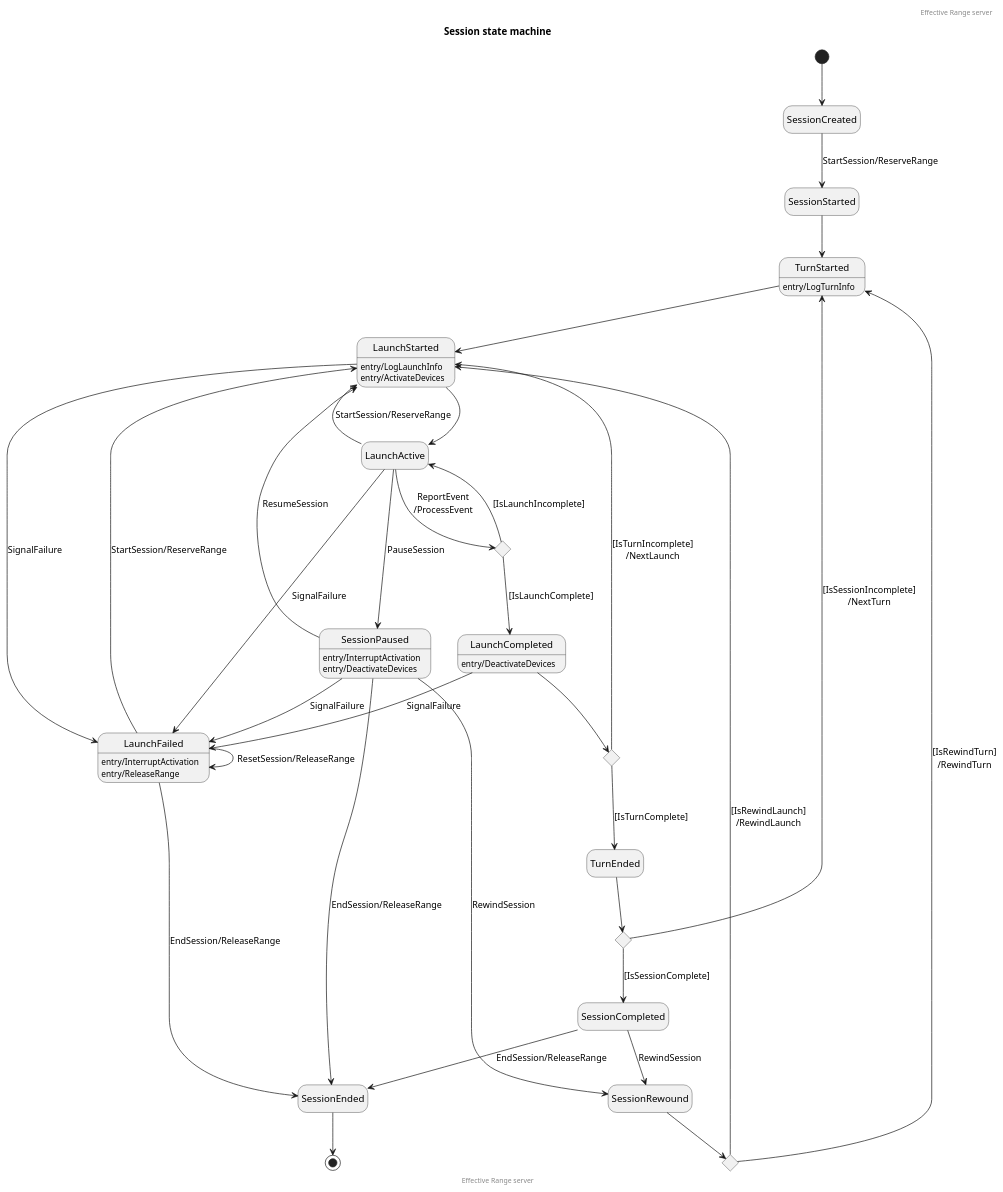
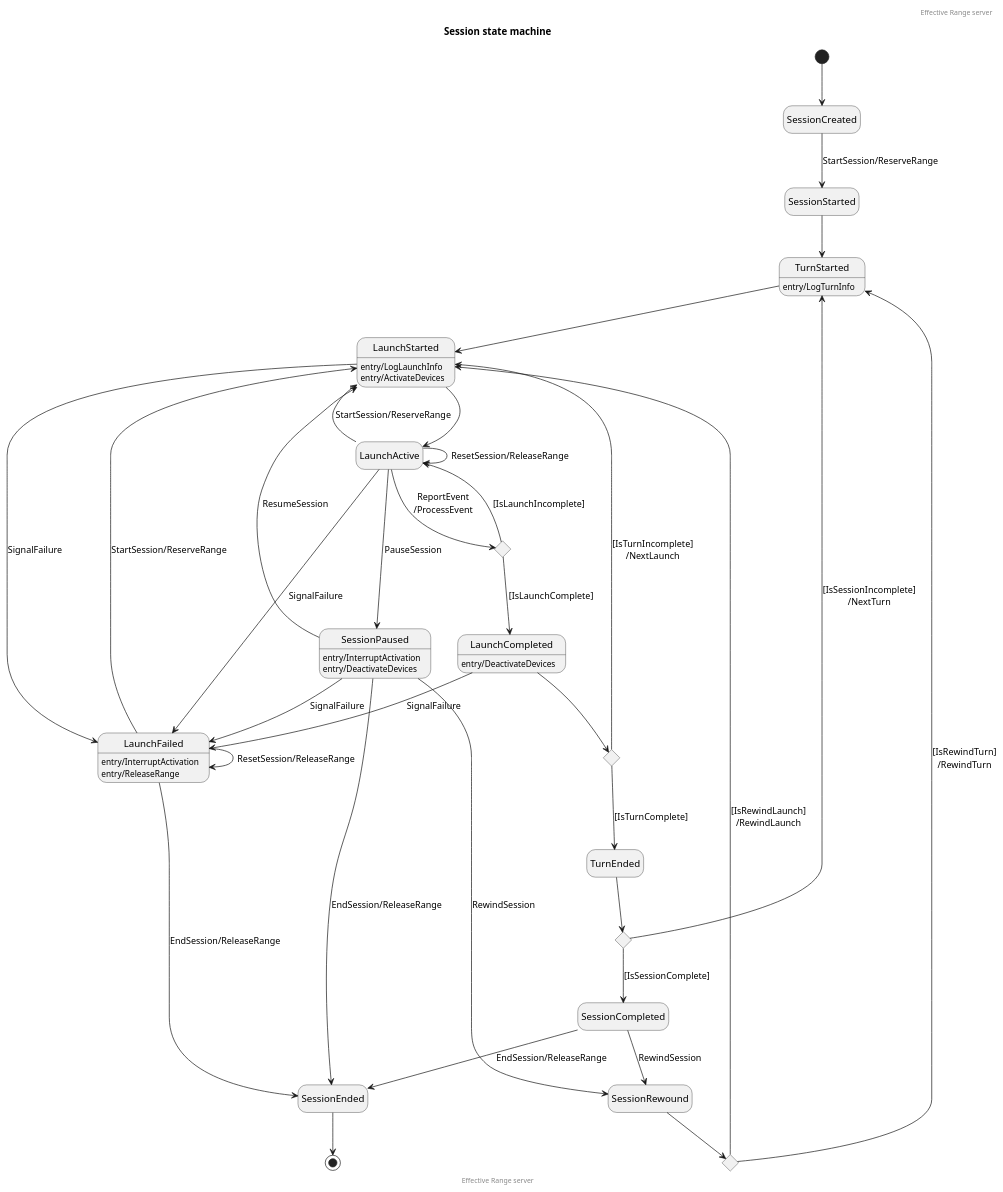
Before and after one commit to EffectiveRange/effective-range-api: the diagram in state/server-session.puml, drawn with PlantUML.

Commit message:
Update session state diagram (#29)

```diff
--- a/state/server-session.puml
+++ b/state/server-session.puml
@@ -1,71 +1,72 @@
 @startuml
 hide empty description
 
 header Effective Range server
 title Session state machine
 
 [*] --> SessionCreated
 SessionCreated --> SessionStarted : StartSession/ReserveRange
 SessionStarted --> TurnStarted
 TurnStarted : entry/LogTurnInfo
 TurnStarted --> LaunchStarted
 
 LaunchStarted : entry/LogLaunchInfo
 LaunchStarted : entry/ActivateDevices
 LaunchStarted --> LaunchActive
 
 state LaunchActiveChoice <<choice>>
 
 ' Successful launch
 LaunchActive --> LaunchActiveChoice : ReportEvent\n/ProcessEvent
 LaunchActiveChoice --> LaunchActive : [IsLaunchIncomplete]
 LaunchActiveChoice --> LaunchCompleted : [IsLaunchComplete]
 LaunchCompleted : entry/DeactivateDevices
 
 state LaunchCompleteChoice <<choice>>
 
 LaunchCompleted --> LaunchCompleteChoice
 LaunchCompleteChoice --> LaunchStarted : [IsTurnIncomplete]\n/NextLaunch
 LaunchCompleteChoice --> TurnEnded : [IsTurnComplete]
 
 ' Failed launch
 LaunchStarted --> LaunchFailed : SignalFailure
 LaunchActive --> LaunchFailed : SignalFailure
 SessionPaused --> LaunchFailed : SignalFailure
 LaunchCompleted --> LaunchFailed : SignalFailure
 LaunchFailed : entry/InterruptActivation
 LaunchFailed : entry/ReleaseRange
 LaunchFailed --> LaunchStarted : StartSession/ReserveRange
 LaunchFailed --> LaunchFailed : ResetSession/ReleaseRange
 LaunchFailed --> SessionEnded : EndSession/ReleaseRange
 
 ' Paused session
 LaunchActive --> SessionPaused : PauseSession
 SessionPaused : entry/InterruptActivation
 SessionPaused : entry/DeactivateDevices
 SessionPaused --> LaunchStarted : ResumeSession
 SessionPaused --> SessionEnded : EndSession/ReleaseRange
 
 ' Continue session after server restart
 LaunchActive --> LaunchStarted : StartSession/ReserveRange
+LaunchActive --> LaunchActive : ResetSession/ReleaseRange
 
 ' Rewound session
 state SessionRewoundChoice <<choice>>
 
 SessionPaused --> SessionRewound : RewindSession
 SessionRewound --> SessionRewoundChoice
 SessionRewoundChoice --> LaunchStarted : [IsRewindLaunch]\n/RewindLaunch
 SessionRewoundChoice --> TurnStarted : [IsRewindTurn]\n/RewindTurn
 
 state TurnEndedChoice <<choice>>
 
 TurnEnded --> TurnEndedChoice
 TurnEndedChoice --> TurnStarted : [IsSessionIncomplete]\n/NextTurn
 TurnEndedChoice --> SessionCompleted : [IsSessionComplete]
 SessionCompleted --> SessionRewound : RewindSession
 SessionCompleted --> SessionEnded : EndSession/ReleaseRange
 SessionEnded --> [*]
 
 footer Effective Range server
 
 @enduml
```
